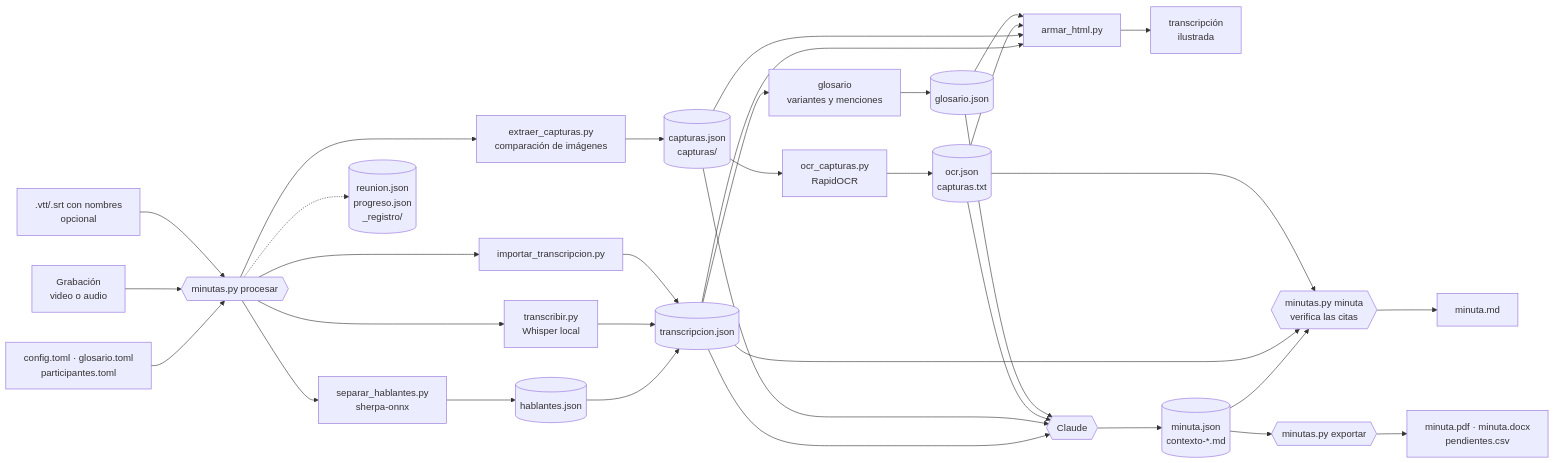
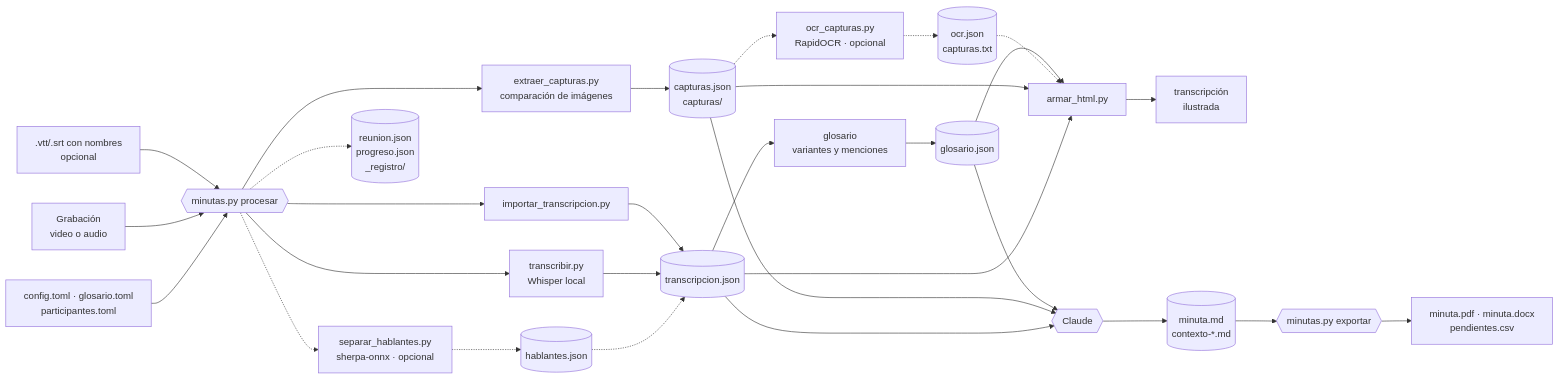
Before and after one commit to Juliocbm/minutas-video: the diagram in docs/arquitectura.md, drawn with Mermaid. The commit also changed other lines of this file and 30 other files, not shown here.

````diff
--- a/docs/arquitectura.md
+++ b/docs/arquitectura.md
@@ -13,36 +13,31 @@
 ```mermaid
 flowchart LR
     CFG[config.toml · glosario.toml<br/>participantes.toml] --> O
     G[Grabación<br/>video o audio] --> O{{minutas.py procesar}}
     V[.vtt/.srt con nombres<br/>opcional] --> O
     O --> W[transcribir.py<br/>Whisper local]
     O --> I[importar_transcripcion.py]
     O --> C[extraer_capturas.py<br/>comparación de imágenes]
-    O --> S[separar_hablantes.py<br/>sherpa-onnx]
-    S --> HJ[(hablantes.json)]
-    HJ --> T
+    O -.-> S[separar_hablantes.py<br/>sherpa-onnx · opcional]
+    S -.-> HJ[(hablantes.json)]
+    HJ -.-> T
     W --> T[(transcripcion.json)]
     I --> T
     C --> K[(capturas.json<br/>capturas/)]
-    K --> OC[ocr_capturas.py<br/>RapidOCR]
-    OC --> OJ[(ocr.json<br/>capturas.txt)]
+    K -.-> OC[ocr_capturas.py<br/>RapidOCR · opcional]
+    OC -.-> OJ[(ocr.json<br/>capturas.txt)]
     T --> GL[glosario<br/>variantes y menciones]
     GL --> GJ[(glosario.json)]
     T --> H[armar_html.py]
     K --> H
-    OJ --> H
+    OJ -.-> H
     GJ --> H
     H --> HTML[transcripción<br/>ilustrada]
     O -.-> R[(reunion.json<br/>progreso.json<br/>_registro/)]
     T --> CL{{Claude}}
     K --> CL
-    OJ --> CL
     GJ --> CL
-    CL --> MJ[(minuta.json<br/>contexto-*.md)]
-    MJ --> MV{{minutas.py minuta<br/>verifica las citas}}
-    T --> MV
-    OJ --> MV
-    MV --> M[minuta.md]
-    MJ --> EX{{minutas.py exportar}}
+    CL --> M[(minuta.md<br/>contexto-*.md)]
+    M --> EX{{minutas.py exportar}}
     EX --> D[minuta.pdf · minuta.docx<br/>pendientes.csv]
 ```
````
